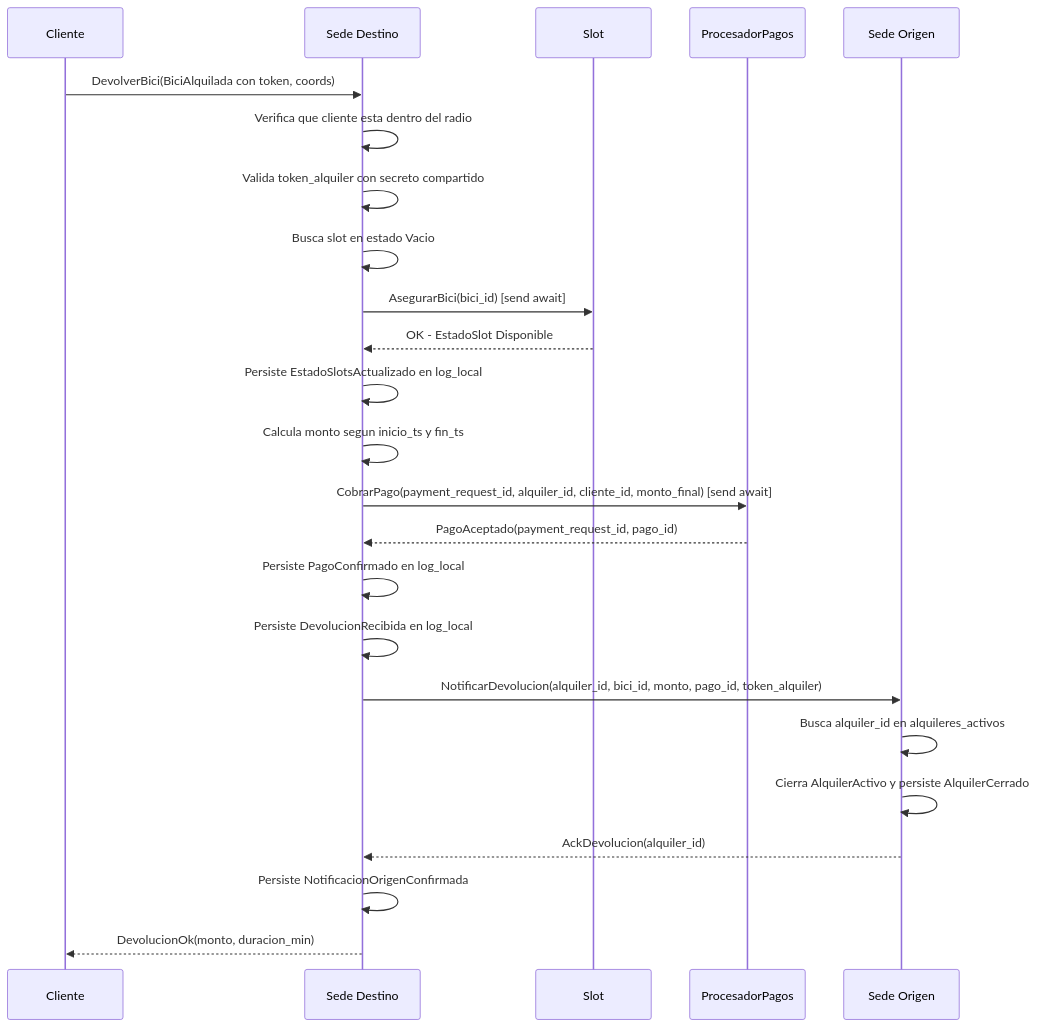
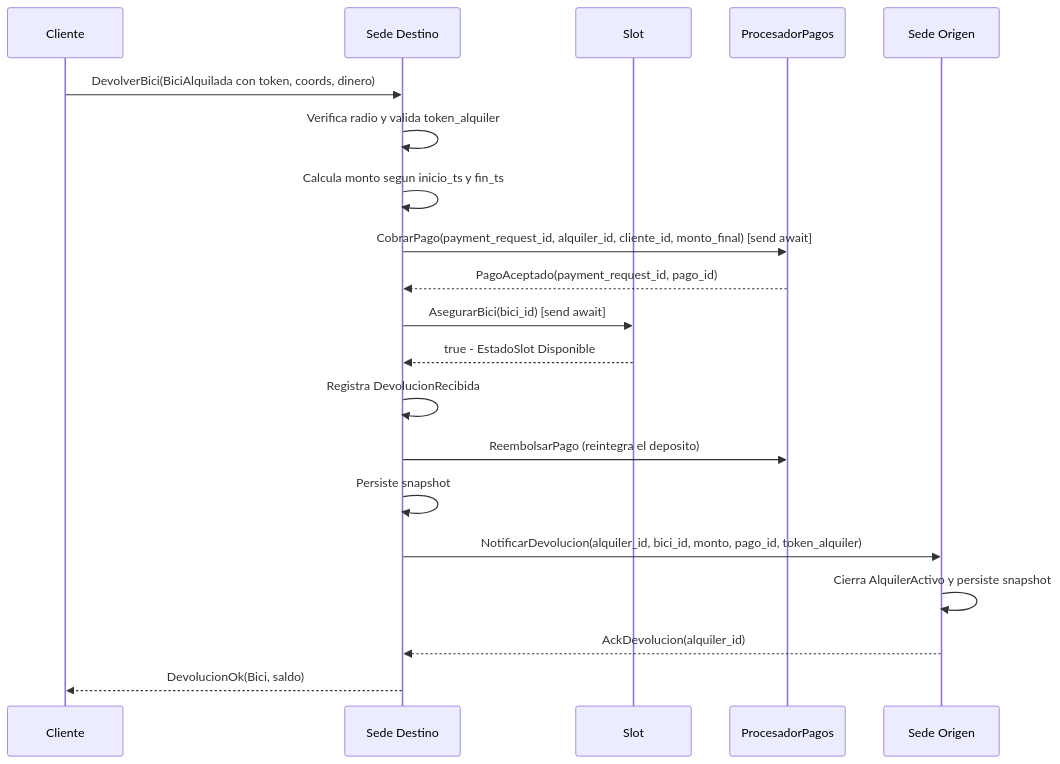
The tenth of 14 diagrams in README.md (Jmenechian/distributed-bike-sharing), drawn with Mermaid before and after one commit. The commit also changed other lines of this file, not shown here.

Commit message:
docs(readme): actualizacion del README.md

````diff
--- a/README.md
+++ b/README.md
@@ -1313,27 +1148,23 @@
 ```mermaid
 sequenceDiagram
     participant Cliente
     participant SedeDestino as Sede Destino
     participant Slot
     participant ProcesadorPagos
     participant SedeOrigen as Sede Origen
 
-    Cliente->>SedeDestino: DevolverBici(BiciAlquilada con token, coords)
-    SedeDestino->>SedeDestino: Verifica que cliente esta dentro del radio
-    SedeDestino->>SedeDestino: Valida token_alquiler con secreto compartido
-    SedeDestino->>SedeDestino: Busca slot en estado Vacio
-    SedeDestino->>Slot: AsegurarBici(bici_id) [send await]
-    Slot-->>SedeDestino: OK - EstadoSlot Disponible
-    SedeDestino->>SedeDestino: Persiste EstadoSlotsActualizado en log_local
+    Cliente->>SedeDestino: DevolverBici(BiciAlquilada con token, coords, dinero)
+    SedeDestino->>SedeDestino: Verifica radio y valida token_alquiler
     SedeDestino->>SedeDestino: Calcula monto segun inicio_ts y fin_ts
     SedeDestino->>ProcesadorPagos: CobrarPago(payment_request_id, alquiler_id, cliente_id, monto_final) [send await]
     ProcesadorPagos-->>SedeDestino: PagoAceptado(payment_request_id, pago_id)
-    SedeDestino->>SedeDestino: Persiste PagoConfirmado en log_local
-    SedeDestino->>SedeDestino: Persiste DevolucionRecibida en log_local
+    SedeDestino->>Slot: AsegurarBici(bici_id) [send await]
+    Slot-->>SedeDestino: true - EstadoSlot Disponible
+    SedeDestino->>SedeDestino: Registra DevolucionRecibida
+    SedeDestino->>ProcesadorPagos: ReembolsarPago (reintegra el deposito)
+    SedeDestino->>SedeDestino: Persiste snapshot
     SedeDestino->>SedeOrigen: NotificarDevolucion(alquiler_id, bici_id, monto, pago_id, token_alquiler)
-    SedeOrigen->>SedeOrigen: Busca alquiler_id en alquileres_activos
-    SedeOrigen->>SedeOrigen: Cierra AlquilerActivo y persiste AlquilerCerrado
+    SedeOrigen->>SedeOrigen: Cierra AlquilerActivo y persiste snapshot
     SedeOrigen-->>SedeDestino: AckDevolucion(alquiler_id)
-    SedeDestino->>SedeDestino: Persiste NotificacionOrigenConfirmada
-    SedeDestino-->>Cliente: DevolucionOk(monto, duracion_min)
+    SedeDestino-->>Cliente: DevolucionOk(Bici, saldo)
 ```
````
